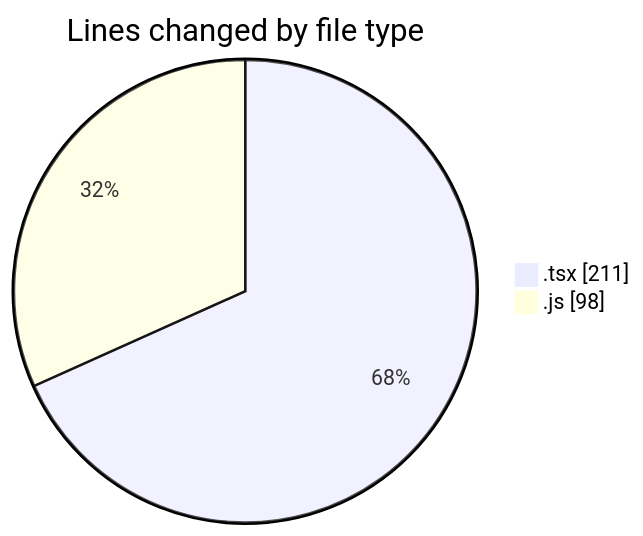
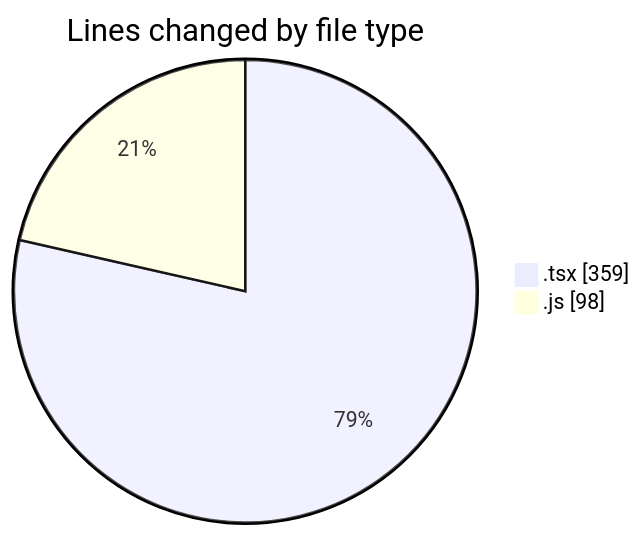
Before and after one commit to momahboobian/code-tracking: the first of 2 diagrams in 2025-03-31/cda/README.md, drawn with Mermaid. The commit also changed other lines of this file and 1 other file, not shown here.

````diff
--- a/2025-03-31/cda/README.md
+++ b/2025-03-31/cda/README.md
@@ -23,6 +24,6 @@
 ```mermaid
 pie showData
 title Lines changed by file type
-".tsx" : 211
+".tsx" : 359
 ".js" : 98
 ```
````
